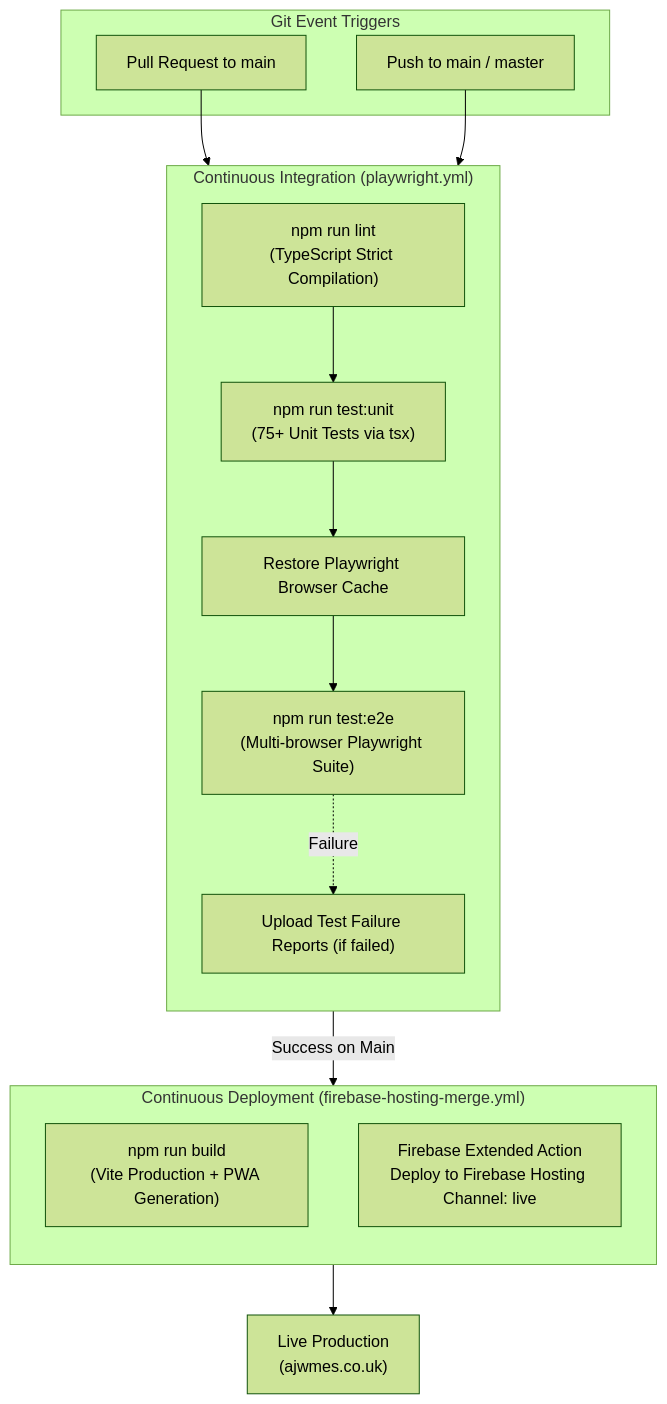
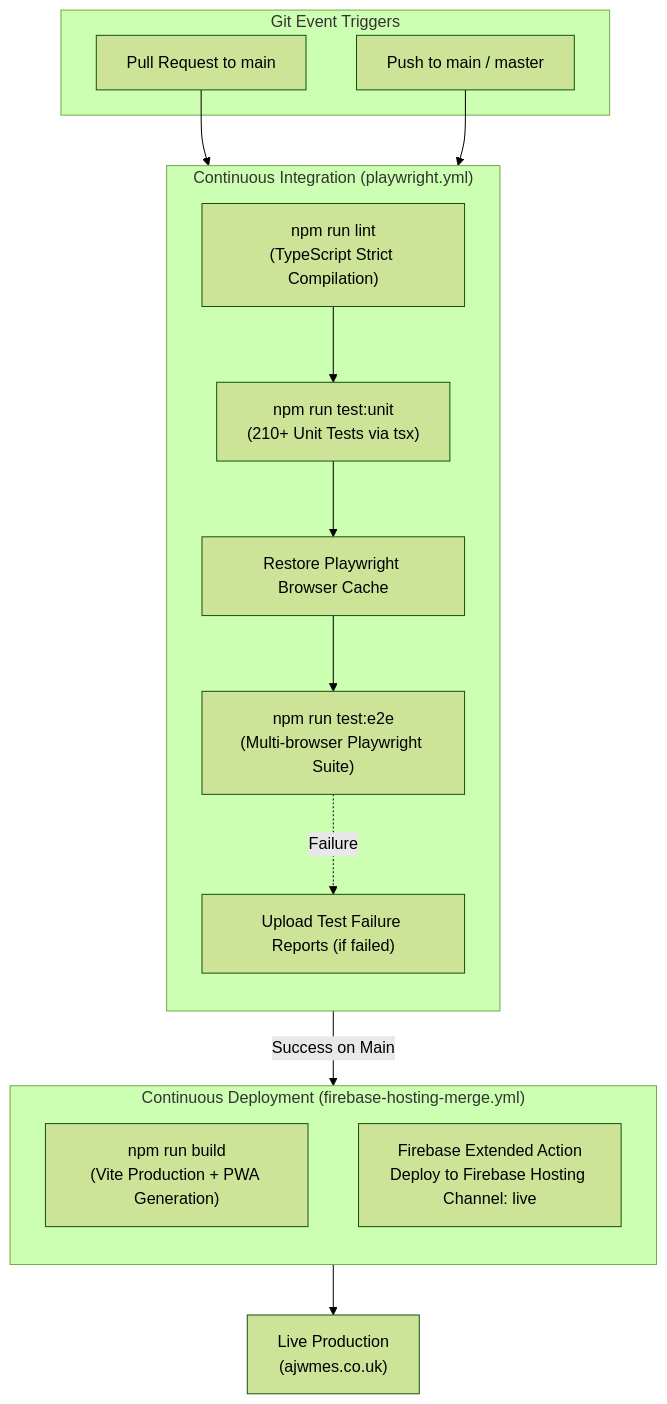
One commit to AnthonyWrather/ajwmes changed the seventh of 7 diagrams in DESIGN.md. Above: the diagram before and after it, drawn with Mermaid (forest theme). The commit also changed other lines of this file and 20 other files, not shown here.

````diff
--- a/DESIGN.md
+++ b/DESIGN.md
@@ -566,30 +572,30 @@
 ```mermaid
 flowchart TD
     subgraph Trigger["Git Event Triggers"]
         PR["Pull Request to main"]
         PushMain["Push to main / master"]
     end
 
     subgraph CI["Continuous Integration (playwright.yml)"]
         direction TB
         Lint["npm run lint\n(TypeScript Strict Compilation)"]
-        Unit["npm run test:unit\n(75+ Unit Tests via tsx)"]
+        Unit["npm run test:unit\n(210+ Unit Tests via tsx)"]
         CachePW["Restore Playwright Browser Cache"]
         E2E["npm run test:e2e\n(Multi-browser Playwright Suite)"]
         Artifacts["Upload Test Failure Reports (if failed)"]
         
         Lint --> Unit --> CachePW --> E2E
         E2E -. Failure .-> Artifacts
     end
 
     subgraph CD["Continuous Deployment (firebase-hosting-merge.yml)"]
         direction TB
         Build["npm run build\n(Vite Production + PWA Generation)"]
         Deploy["Firebase Extended Action\nDeploy to Firebase Hosting Channel: live"]
     end
 
     PR --> CI
     PushMain --> CI
     CI -- Success on Main --> CD
     CD --> LiveProd["Live Production\n(ajwmes.co.uk)"]
 ```
````
